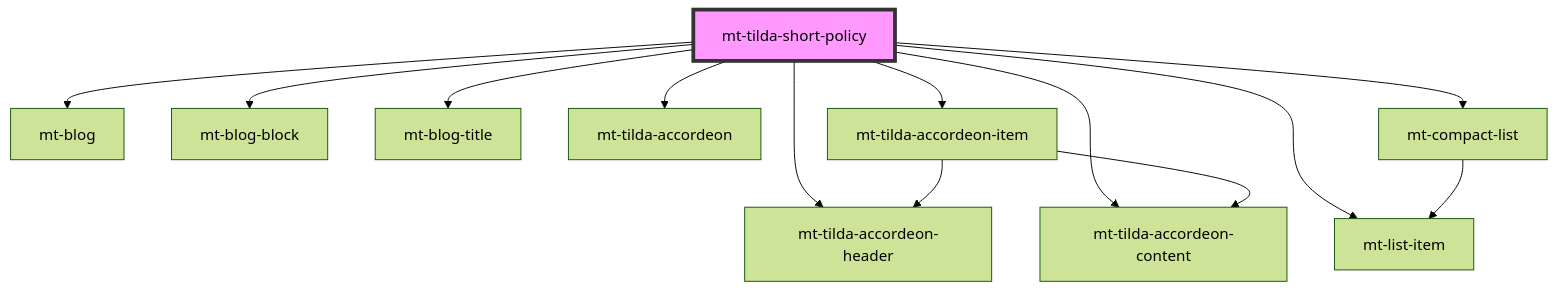
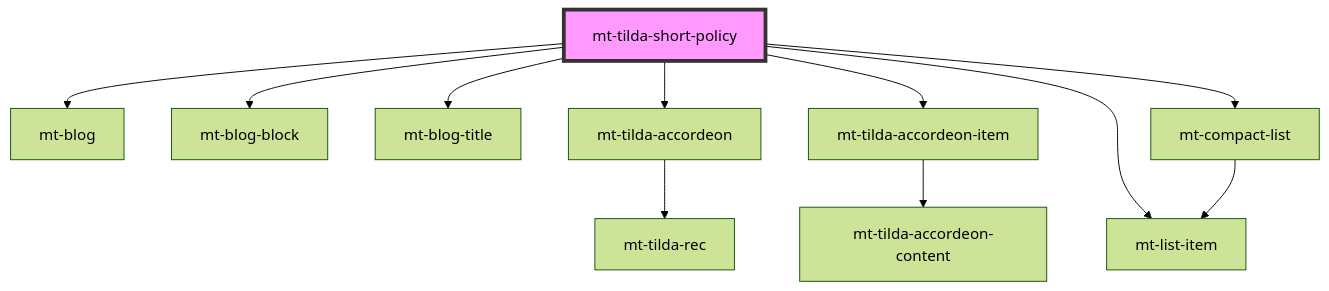
The diagram in src/components/tilda/mt-tilda-short-policy/readme.md (elpupi/stencil), drawn with Mermaid (forest theme) before and after one commit. The commit also changed other lines of this file and 21 other files, not shown here.

Commit message:
upgrade stencil from version 14 to 15 + fix accordeon + mt-blog + list-item

````diff
--- a/src/components/tilda/mt-tilda-short-policy/readme.md
+++ b/src/components/tilda/mt-tilda-short-policy/readme.md
@@ -47,16 +55,14 @@
 ```mermaid
 graph TD;
   mt-tilda-short-policy --> mt-blog
   mt-tilda-short-policy --> mt-blog-block
   mt-tilda-short-policy --> mt-blog-title
   mt-tilda-short-policy --> mt-tilda-accordeon
   mt-tilda-short-policy --> mt-tilda-accordeon-item
-  mt-tilda-short-policy --> mt-tilda-accordeon-header
-  mt-tilda-short-policy --> mt-tilda-accordeon-content
   mt-tilda-short-policy --> mt-compact-list
   mt-tilda-short-policy --> mt-list-item
-  mt-tilda-accordeon-item --> mt-tilda-accordeon-header
+  mt-tilda-accordeon --> mt-tilda-rec
   mt-tilda-accordeon-item --> mt-tilda-accordeon-content
   mt-compact-list --> mt-list-item
   style mt-tilda-short-policy fill:#f9f,stroke:#333,stroke-width:4px
 ```
````
